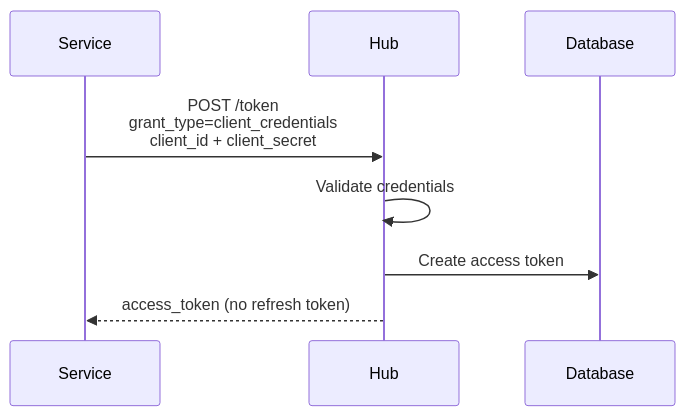
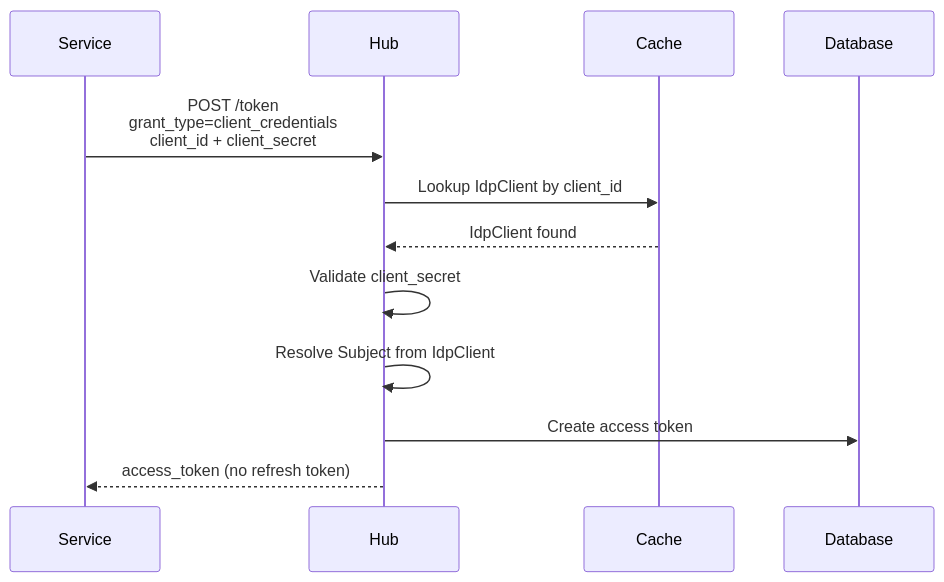
Before and after one commit to konveyor/tackle2-hub: the sixth of 12 diagrams in internal/auth/README.md, drawn with Mermaid. The commit also changed other lines of this file, not shown here.

````diff
--- a/internal/auth/README.md
+++ b/internal/auth/README.md
@@ -511,11 +536,15 @@
 ```mermaid
 sequenceDiagram
     participant Service
     participant Hub
+    participant Cache
     participant Database
 
     Service->>Hub: POST /token<br/>grant_type=client_credentials<br/>client_id + client_secret
-    Hub->>Hub: Validate credentials
+    Hub->>Cache: Lookup IdpClient by client_id
+    Cache-->>Hub: IdpClient found
+    Hub->>Hub: Validate client_secret
+    Hub->>Hub: Resolve Subject from IdpClient
     Hub->>Database: Create access token
     Hub-->>Service: access_token (no refresh token)
 ```
````
